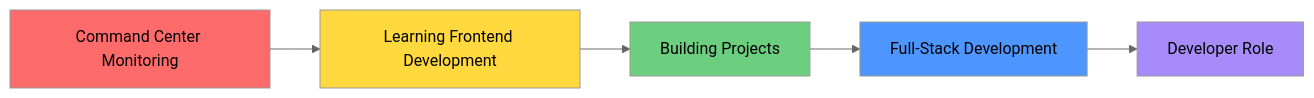
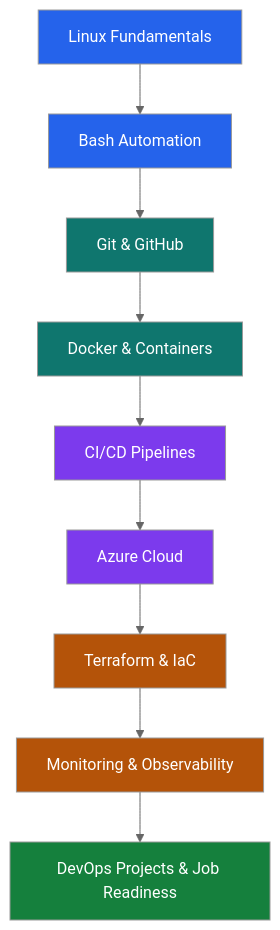
The diagram in README.md (ChanduTelaga/ChanduTelaga), drawn with Mermaid (neutral theme) before and after one commit. The commit also changed other lines of this file, not shown here.

First line of the commit message:
Revise README with new focus on DevOps and learning

````diff
--- a/README.md
+++ b/README.md
@@ -87,13 +82,21 @@
 ```mermaid
-graph LR
-    A[Command Center Monitoring] --> B[Learning Frontend Development]
-    B --> C[Building Projects]
-    C --> D[Full-Stack Development]
-    D --> E[Developer Role]
-    
-    style A fill:#ff6b6b
-    style B fill:#ffd93d
-    style C fill:#6bcf7f
-    style D fill:#4d96ff
-    style E fill:#a78bfa
+flowchart TD
+    A[Linux Fundamentals] --> B[Bash Automation]
+    B --> C[Git & GitHub]
+    C --> D[Docker & Containers]
+    D --> E[CI/CD Pipelines]
+    E --> F[Azure Cloud]
+    F --> G[Terraform & IaC]
+    G --> H[Monitoring & Observability]
+    H --> I[DevOps Projects & Job Readiness]
+
+    style A fill:#2563eb,color:#ffffff
+    style B fill:#2563eb,color:#ffffff
+    style C fill:#0f766e,color:#ffffff
+    style D fill:#0f766e,color:#ffffff
+    style E fill:#7c3aed,color:#ffffff
+    style F fill:#7c3aed,color:#ffffff
+    style G fill:#b45309,color:#ffffff
+    style H fill:#b45309,color:#ffffff
+    style I fill:#15803d,color:#ffffff
 ```
````
